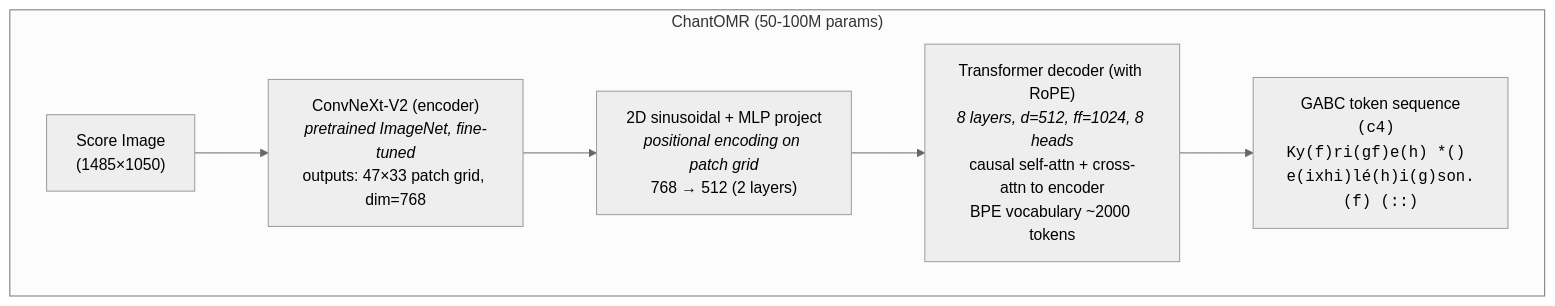
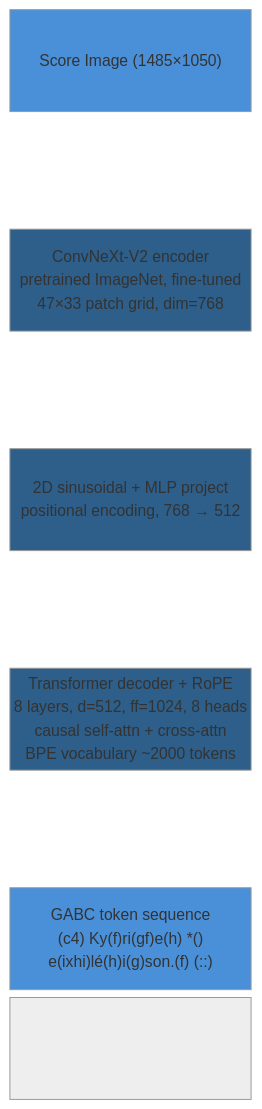
Before and after one commit to pgarciaq/chant-omr: the first of 2 diagrams in README.md, drawn with Mermaid (neutral theme).

Commit message:
Fix architecture diagram to render top-to-bottom
Switch from flowchart TD (which Mermaid still lays out wide with
long labels) to block-beta with columns 1 to force a strict
single-column vertical layout.

````diff
--- a/README.md
+++ b/README.md
@@ -23,12 +23,22 @@
 ```mermaid
-flowchart TD
-    subgraph ChantOMR["ChantOMR (50-100M params)"]
-        A["Score Image<br/>(1485×1050)"]
-        B["ConvNeXt-V2 (encoder)<br/><i>pretrained ImageNet, fine-tuned</i><br/>outputs: 47×33 patch grid, dim=768"]
-        C["2D sinusoidal + MLP project<br/><i>positional encoding on patch grid</i><br/>768 → 512 (2 layers)"]
-        D["Transformer decoder (with RoPE)<br/><i>8 layers, d=512, ff=1024, 8 heads</i><br/>causal self-attn + cross-attn to encoder<br/>BPE vocabulary ~2000 tokens"]
-        E["GABC token sequence<br/><code>(c4) Ky(f)ri(gf)e(h) *() e(ixhi)lé(h)i(g)son.(f) (::)</code>"]
+block-beta
+    columns 1
+    space
+    A["Score Image (1485×1050)"]
+    space
+    B["ConvNeXt-V2 encoder\npretrained ImageNet, fine-tuned\n47×33 patch grid, dim=768"]
+    space
+    C["2D sinusoidal + MLP project\npositional encoding, 768 → 512"]
+    space
+    D["Transformer decoder + RoPE\n8 layers, d=512, ff=1024, 8 heads\ncausal self-attn + cross-attn\nBPE vocabulary ~2000 tokens"]
+    space
+    E["GABC token sequence\n(c4) Ky(f)ri(gf)e(h) *()\ne(ixhi)lé(h)i(g)son.(f) (::)"]
 
-        A --> B --> C --> D --> E
-    end
+    A --> B --> C --> D --> E
+
+    style A fill:#4a90d9,color:#fff
+    style B fill:#2d5f8a,color:#fff
+    style C fill:#2d5f8a,color:#fff
+    style D fill:#2d5f8a,color:#fff
+    style E fill:#4a90d9,color:#fff
 ```
````
